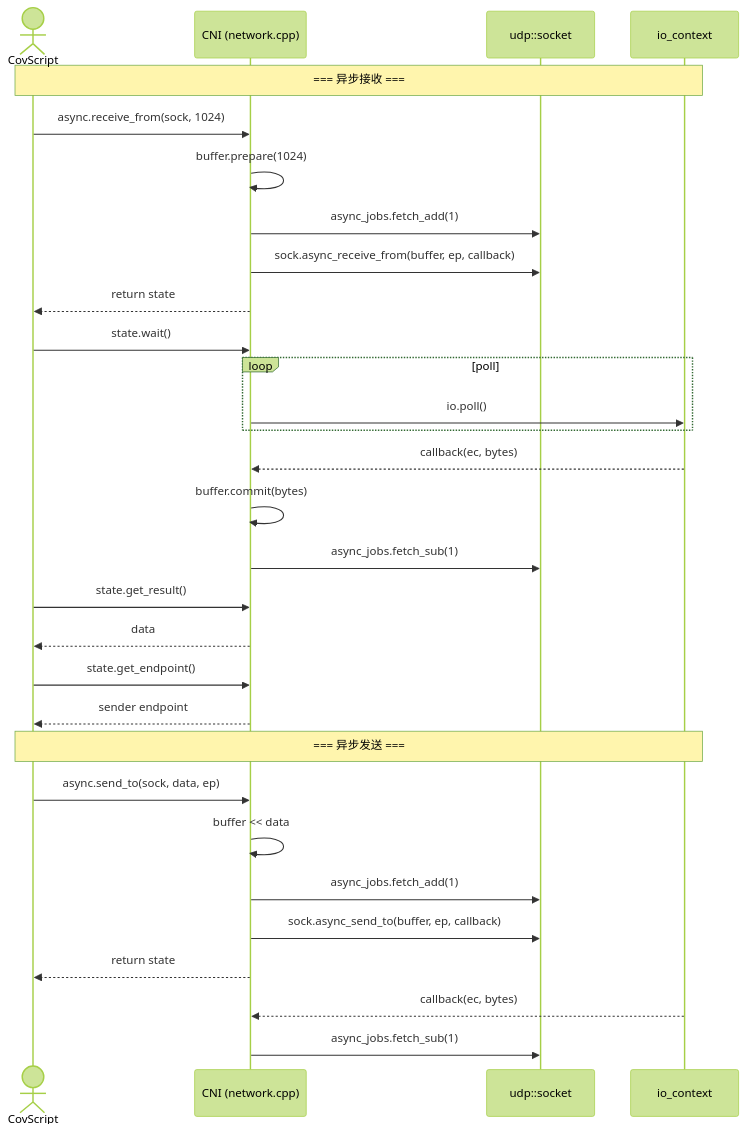
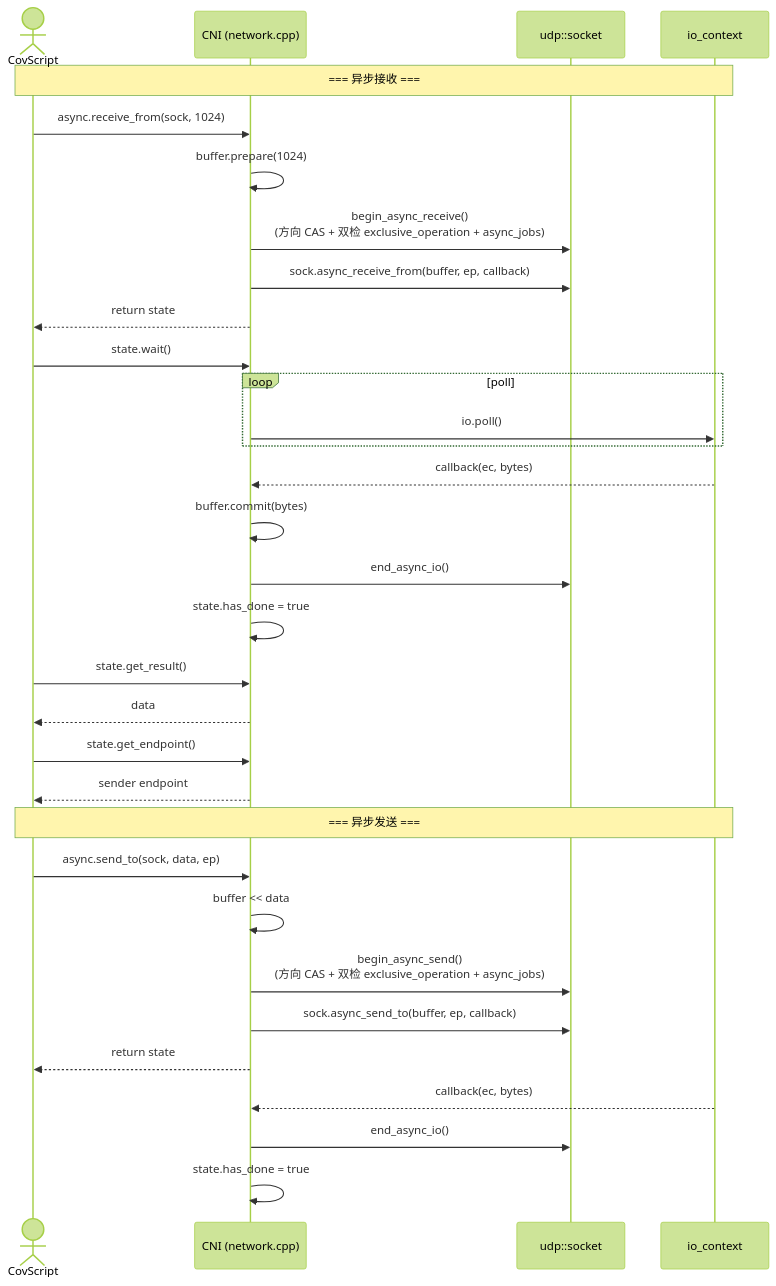
The fourth of 9 diagrams in docs/async-architecture.md (covscript/covscript-network), drawn with Mermaid (forest theme) before and after one commit. The commit also changed other lines of this file and 23 other files, not shown here.

````diff
--- a/docs/async-architecture.md
+++ b/docs/async-architecture.md
@@ -197,34 +214,36 @@
 ```mermaid
 sequenceDiagram
     actor Script as CovScript
     participant CNI as CNI (network.cpp)
     participant Sock as udp::socket
     participant Asio as io_context
 
     Note over Script,Asio: === 异步接收 ===
     Script->>CNI: async.receive_from(sock, 1024)
     CNI->>CNI: buffer.prepare(1024)
-    CNI->>Sock: async_jobs.fetch_add(1)
+    CNI->>Sock: begin_async_receive()<br/>(方向 CAS + 双检 exclusive_operation + async_jobs)
     CNI->>Sock: sock.async_receive_from(buffer, ep, callback)
     CNI-->>Script: return state
     Script->>CNI: state.wait()
     loop poll
         CNI->>Asio: io.poll()
     end
     Asio-->>CNI: callback(ec, bytes)
     CNI->>CNI: buffer.commit(bytes)
-    CNI->>Sock: async_jobs.fetch_sub(1)
+    CNI->>Sock: end_async_io()
+    CNI->>CNI: state.has_done = true
     Script->>CNI: state.get_result()
     CNI-->>Script: data
     Script->>CNI: state.get_endpoint()
     CNI-->>Script: sender endpoint
 
     Note over Script,Asio: === 异步发送 ===
     Script->>CNI: async.send_to(sock, data, ep)
     CNI->>CNI: buffer << data
-    CNI->>Sock: async_jobs.fetch_add(1)
+    CNI->>Sock: begin_async_send()<br/>(方向 CAS + 双检 exclusive_operation + async_jobs)
     CNI->>Sock: sock.async_send_to(buffer, ep, callback)
     CNI-->>Script: return state
     Asio-->>CNI: callback(ec, bytes)
-    CNI->>Sock: async_jobs.fetch_sub(1)
+    CNI->>Sock: end_async_io()
+    CNI->>CNI: state.has_done = true
 ```
````
